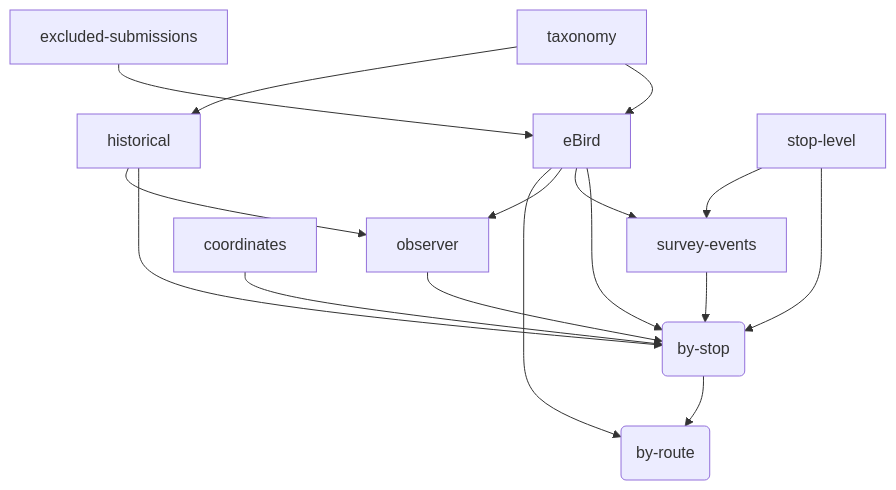
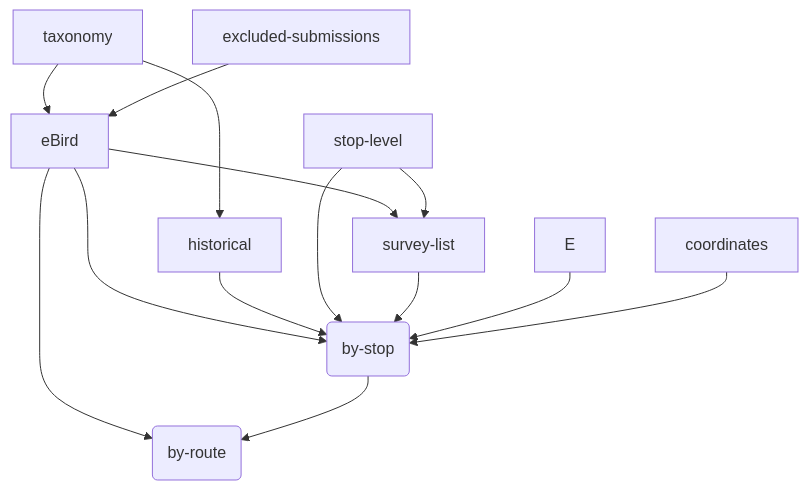
One commit to nc-minibbs/mbbs changed the diagram in docs/data-pipeline.md. Above: the diagram before and after it, drawn with Mermaid. The commit also changed other lines of this file and 3 other files, not shown here.

````diff
--- a/docs/data-pipeline.md
+++ b/docs/data-pipeline.md
@@ -68,29 +65,26 @@
 ```mermaid
 flowchart TD
   A[eBird]
   B[historical]
   C[stop-level]
   D[taxonomy]
-  E[observer]
   F[coordinates]
   G[excluded-submissions]
-  H[survey-events]
+  H[survey-list]
   O1(by-stop)
   O2(by-route)
 
   A --> O1
   B --> O1
   C --> O1
   D --> A
   D --> B
   A --> H
   C --> H
   H --> O1
-  A --> E
-  B --> E
   G --> A
   E --> O1
   F --> O1
   A --> O2
   O1 --> O2
 ```
````
